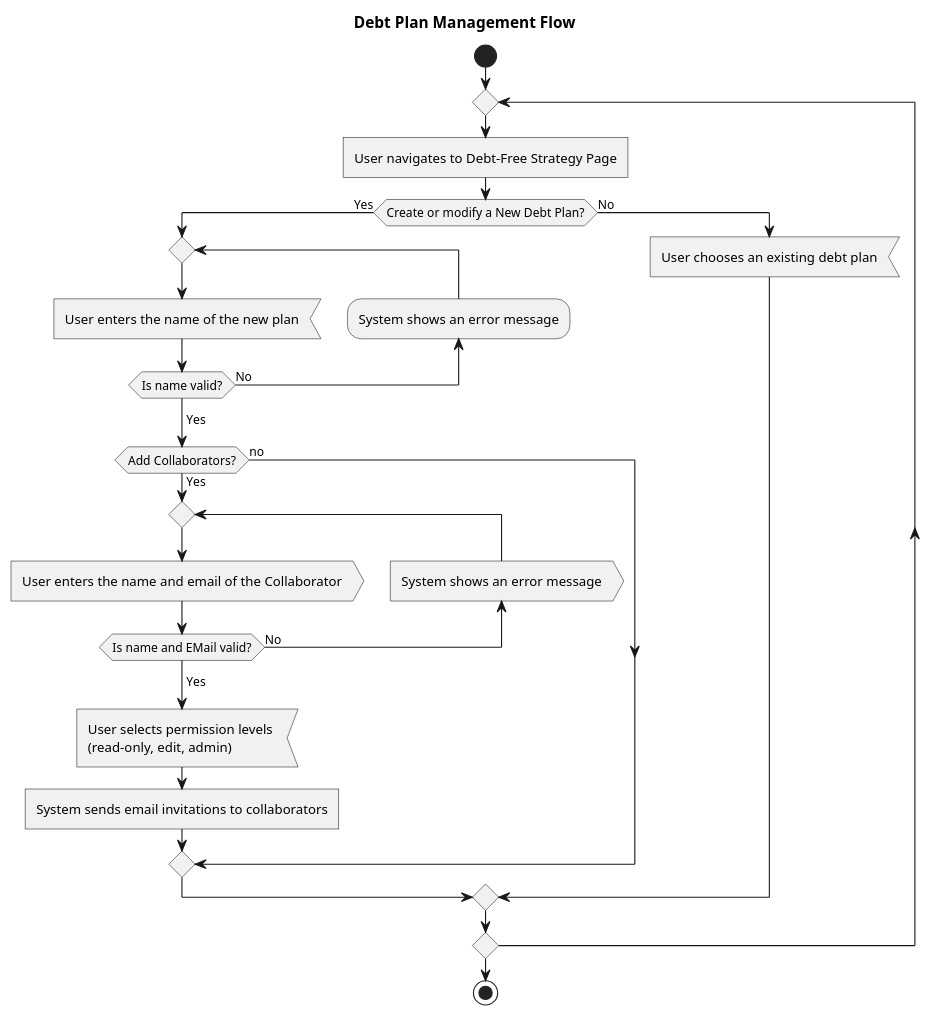
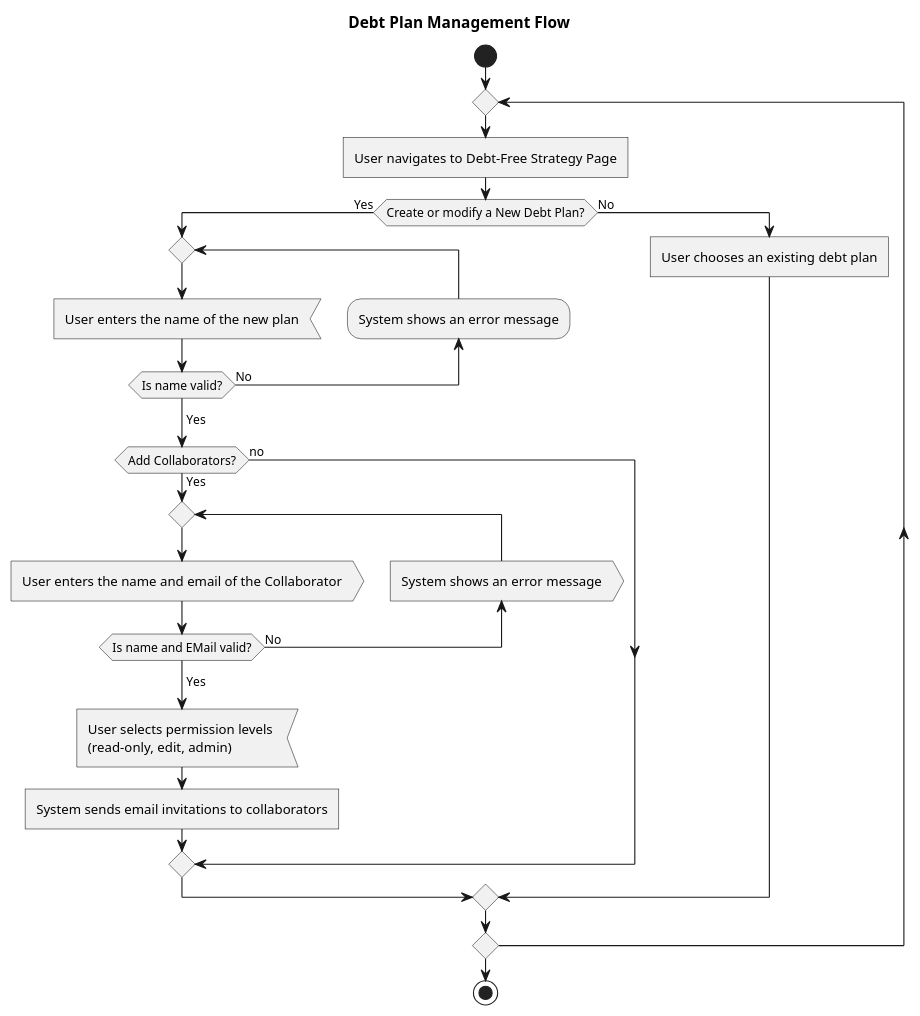
One commit to Guilderm/SnowballPlanner changed the sixth of 10 diagrams in Documents/Product Requirements Document (PRD).md. Above: the diagram before and after it, drawn with PlantUML. The commit also changed other lines of this file, not shown here.

Commit message:
updated - **8.1.3.1. Debt Management:**

````diff
--- a/Documents/Product Requirements Document (PRD).md
+++ b/Documents/Product Requirements Document (PRD).md
@@ -731,39 +731,39 @@
 ```plantuml
 @startuml
 title Debt Plan Management Flow
 
 start
 
 repeat
   :User navigates to Debt-Free Strategy Page;  <<task>>
 
   if (Create or modify a New Debt Plan?) then (Yes)
     repeat
       :User enters the name of the new plan; <<input>>
 
       backward :System shows an error message;
     repeat while (Is name valid?) is (No)
     ->Yes;
 
     if (Add Collaborators?) then (Yes)
       repeat
         :User enters the name and email of the Collaborator;  <<output>>
 
         backward :System shows an error message;  <<output>>
       repeat while (Is name and EMail valid?) is (No)
       ->Yes;
       
       :User selects permission levels \n(read-only, edit, admin); <<input>>
 
       :System sends email invitations to collaborators;  <<task>>
     else (no)
     endif
     
   else (No)
-    :User chooses an existing debt plan; <<input>>
+    :User chooses an existing debt plan; <<task>>
   endif
 
 repeat while ()
 stop
 @enduml
 ```
````
